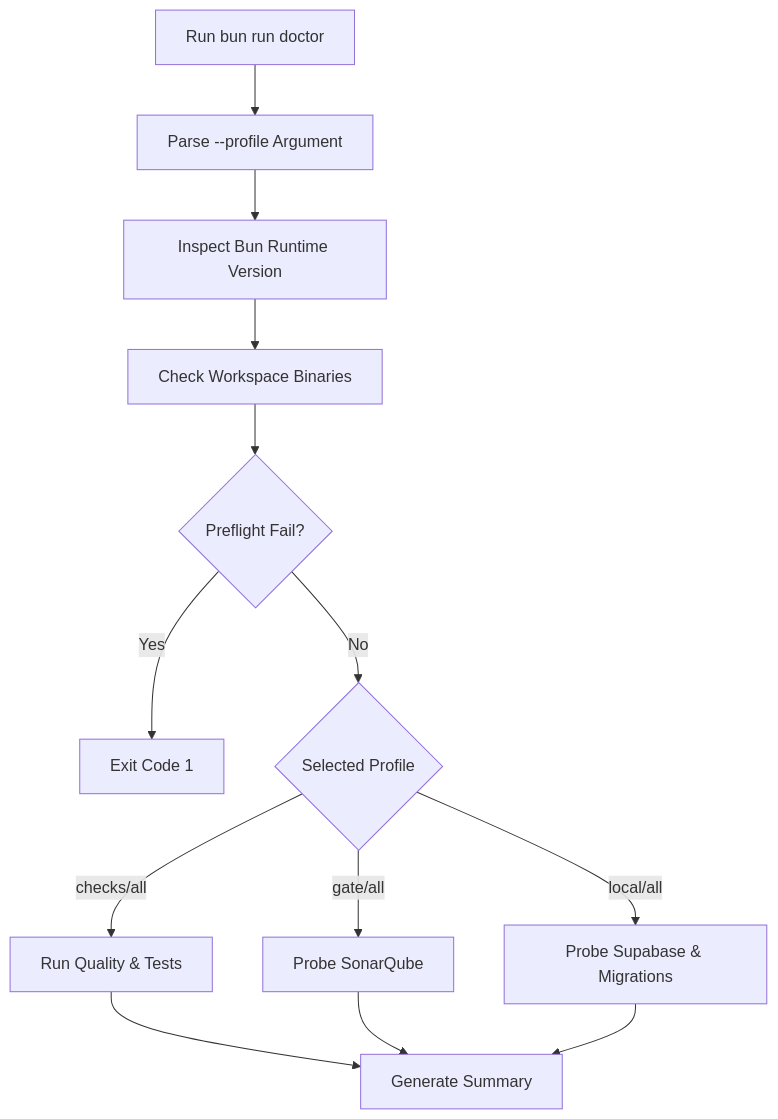
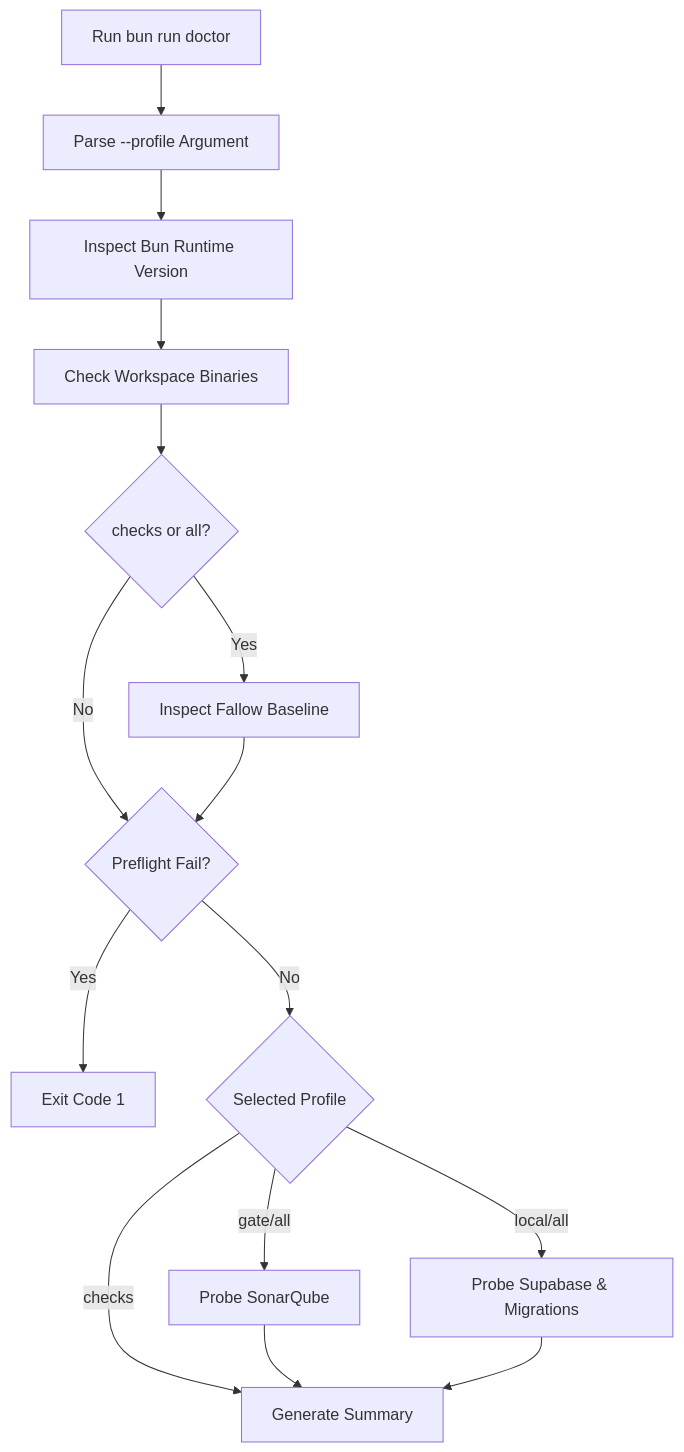
The first of 2 diagrams in .cubic/wiki/09-section-tools/03-p-cli-tools.md (immagiov4/Nous), drawn with Mermaid before and after one commit. The commit also changed 3 other files, not shown here.

````diff
--- a/.cubic/wiki/09-section-tools/03-p-cli-tools.md
+++ b/.cubic/wiki/09-section-tools/03-p-cli-tools.md
@@ -47,17 +47,19 @@
 ```mermaid
 flowchart TD
     Start[Run bun run doctor] --> ParseArgs[Parse --profile Argument]
     ParseArgs --> BunCheck[Inspect Bun Runtime Version]
     BunCheck --> DepCheck[Check Workspace Binaries]
-    DepCheck --> CheckExec{Preflight Fail?}
+    DepCheck --> ChecksProfile{checks or all?}
+    ChecksProfile -- Yes --> Fallow[Inspect Fallow Baseline]
+    ChecksProfile -- No --> CheckExec{Preflight Fail?}
+    Fallow --> CheckExec
     CheckExec -- Yes --> Exit[Exit Code 1]
     CheckExec -- No --> ProfileBranch{Selected Profile}
     
-    ProfileBranch -- checks/all --> Quality[Run Quality & Tests]
+    ProfileBranch -- checks --> Summary[Generate Summary]
     ProfileBranch -- gate/all --> Sonar[Probe SonarQube]
     ProfileBranch -- local/all --> Supabase[Probe Supabase & Migrations]
     
-    Quality --> Summary[Generate Summary]
     Sonar --> Summary
     Supabase --> Summary
 ```
````
